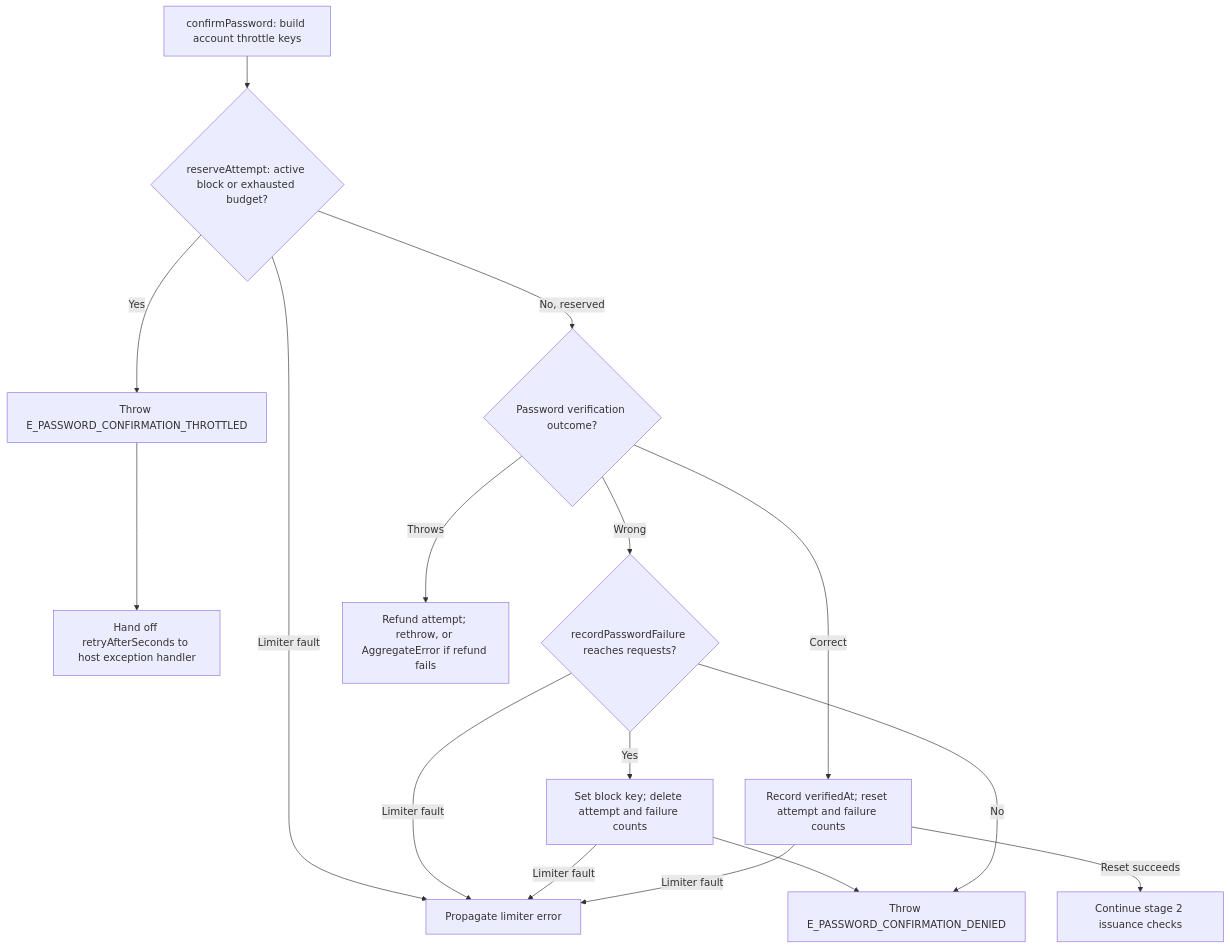
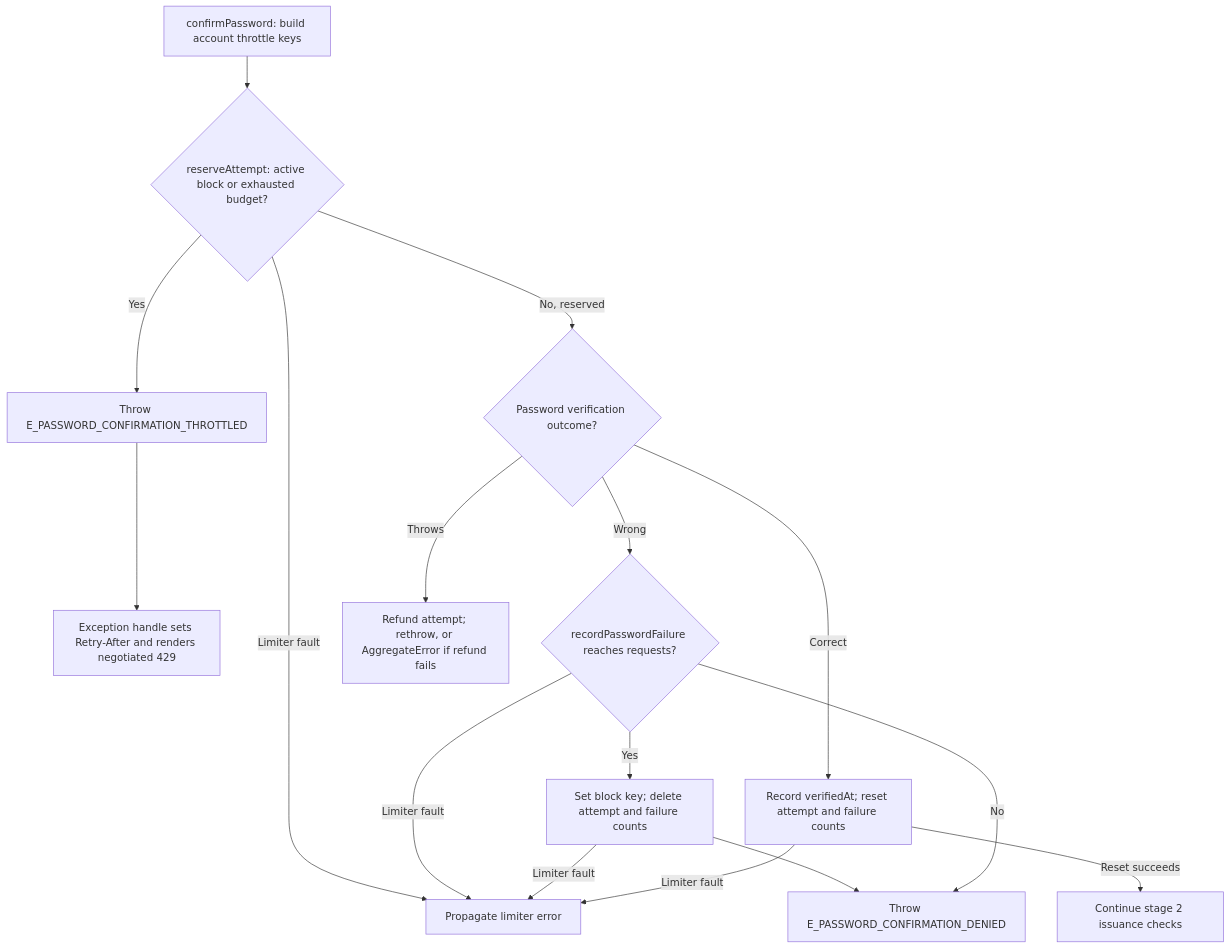
One commit to Kevinjohn/oss-adonisjs-confirm-action-with-password changed the second of 2 diagrams in user-stories/US-CONFIRM-06-recover-from-throttling.md. Above: the diagram before and after it, drawn with Mermaid. The commit also changed other lines of this file and 9 other files, not shown here.

````diff
--- a/user-stories/US-CONFIRM-06-recover-from-throttling.md
+++ b/user-stories/US-CONFIRM-06-recover-from-throttling.md
@@ -35,18 +35,18 @@
 ```mermaid
 flowchart TD
     A["confirmPassword: build account throttle keys"] --> B{"reserveAttempt: active block or exhausted budget?"}
     B -->|Yes| C["Throw E_PASSWORD_CONFIRMATION_THROTTLED"]
-    C --> D["Hand off retryAfterSeconds to host exception handler"]
+    C --> D["Exception handle sets Retry-After and renders negotiated 429"]
     B -->|Limiter fault| L["Propagate limiter error"]
     B -->|No, reserved| E{"Password verification outcome?"}
     E -->|Wrong| F{"recordPasswordFailure reaches requests?"}
     F -->|Yes| G["Set block key; delete attempt and failure counts"]
     G --> H["Throw E_PASSWORD_CONFIRMATION_DENIED"]
     F -->|No| H
     E -->|Throws| I["Refund attempt; rethrow, or AggregateError if refund fails"]
     E -->|Correct| J["Record verifiedAt; reset attempt and failure counts"]
     J -->|Reset succeeds| K["Continue stage 2 issuance checks"]
     F -->|Limiter fault| L
     G -->|Limiter fault| L
     J -->|Limiter fault| L
 ```
````
